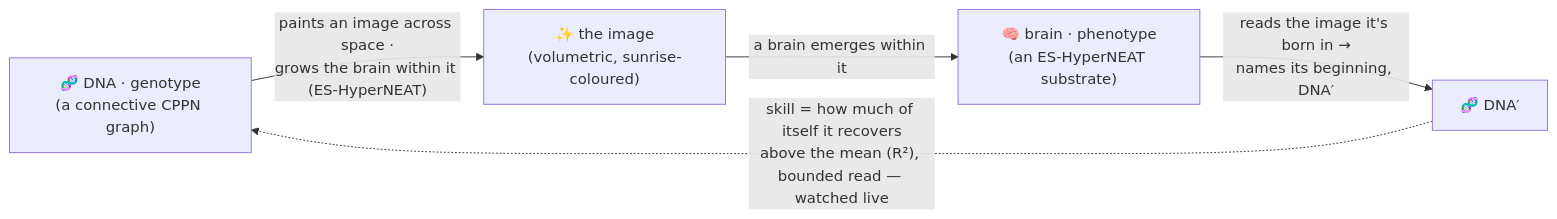
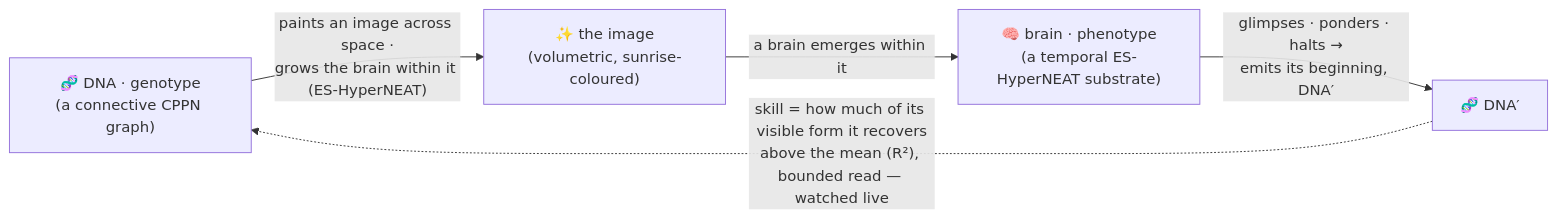
Before and after one commit to admiralakber/autograph: the first of 3 diagrams in VISION.md, drawn with Mermaid. The commit also changed other lines of this file and 5 other files, not shown here.

````diff
--- a/VISION.md
+++ b/VISION.md
@@ -24,7 +24,7 @@
 ```mermaid
 flowchart LR
   DNA["🧬 DNA · genotype<br/>(a connective CPPN graph)"] -->|"paints an image across space ·<br/>grows the brain within it (ES-HyperNEAT)"| ART["✨ the image<br/>(volumetric, sunrise-coloured)"]
-  ART -->|"a brain emerges within it"| PHENO["🧠 brain · phenotype<br/>(an ES-HyperNEAT substrate)"]
-  PHENO -->|"reads the image it's born in →<br/>names its beginning, DNA′"| DNA2["🧬 DNA′"]
-  DNA2 -. "skill = how much of itself it recovers<br/>above the mean (R²), bounded read — watched live" .-> DNA
+  ART -->|"a brain emerges within it"| PHENO["🧠 brain · phenotype<br/>(a temporal ES-HyperNEAT substrate)"]
+  PHENO -->|"glimpses · ponders · halts →<br/>emits its beginning, DNA′"| DNA2["🧬 DNA′"]
+  DNA2 -. "skill = how much of its visible form it recovers<br/>above the mean (R²), bounded read — watched live" .-> DNA
 ```
````
